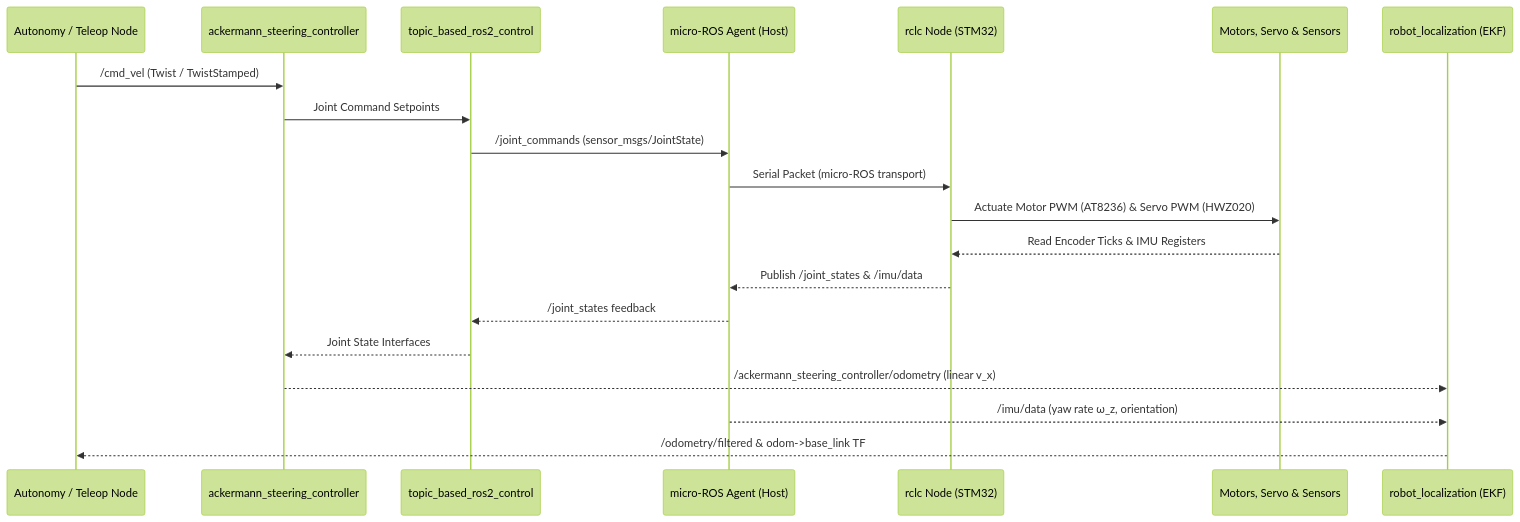
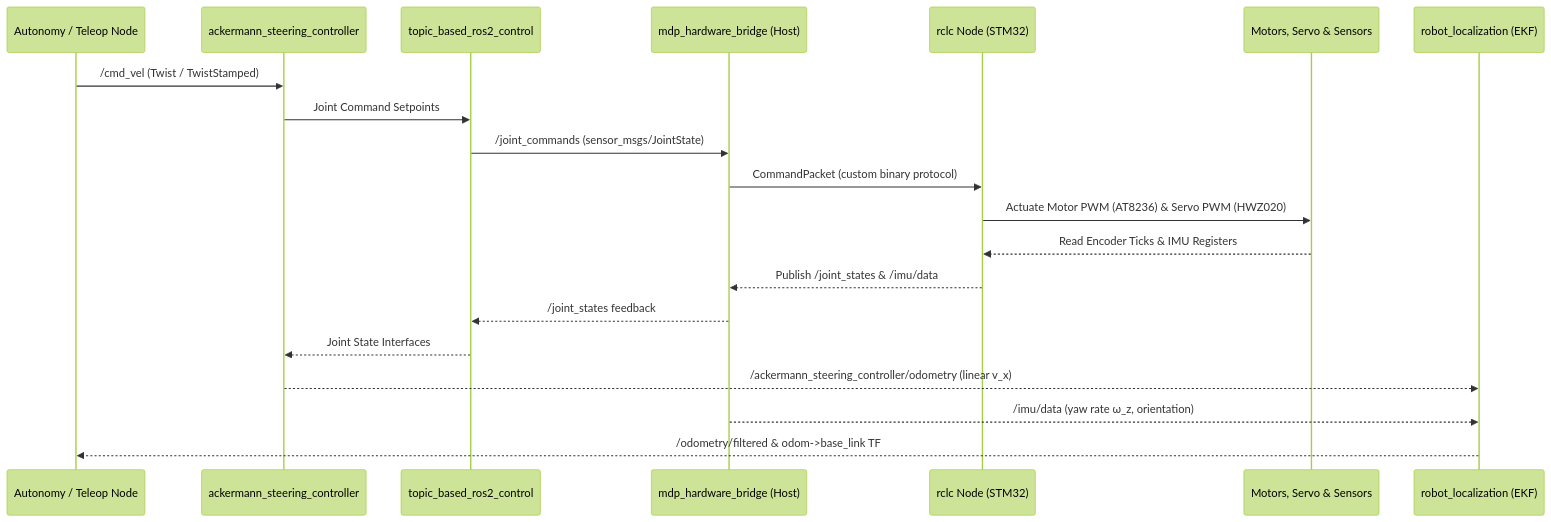
The second of 2 diagrams in docs/architecture.md (Alvin0523/mdp), drawn with Mermaid (forest theme) before and after one commit. The commit also changed other lines of this file and 7 other files, not shown here.

First line of the commit message:
Add USART3 serial protocol + mdp_hardware_bridge, update docs

````diff
--- a/docs/architecture.md
+++ b/docs/architecture.md
@@ -91,24 +91,24 @@
 ```mermaid
 sequenceDiagram
   participant User as Autonomy / Teleop Node
   participant ASC as ackermann_steering_controller
   participant HWI as topic_based_ros2_control
-  participant Agent as micro-ROS Agent (Host)
+  participant Agent as mdp_hardware_bridge (Host)
   participant MCU as rclc Node (STM32)
   participant HW as Motors, Servo & Sensors
   participant EKF as robot_localization (EKF)
 
   User->>ASC: /cmd_vel (Twist / TwistStamped)
   ASC->>HWI: Joint Command Setpoints
   HWI->>Agent: /joint_commands (sensor_msgs/JointState)
-  Agent->>MCU: Serial Packet (micro-ROS transport)
+  Agent->>MCU: CommandPacket (custom binary protocol)
   MCU->>HW: Actuate Motor PWM (AT8236) & Servo PWM (HWZ020)
   
   HW-->>MCU: Read Encoder Ticks & IMU Registers
   MCU-->>Agent: Publish /joint_states & /imu/data
   Agent-->>HWI: /joint_states feedback
   HWI-->>ASC: Joint State Interfaces
   ASC-->>EKF: /ackermann_steering_controller/odometry (linear v_x)
   Agent-->>EKF: /imu/data (yaw rate ω_z, orientation)
   EKF-->>User: /odometry/filtered & odom->base_link TF
 ```
````
